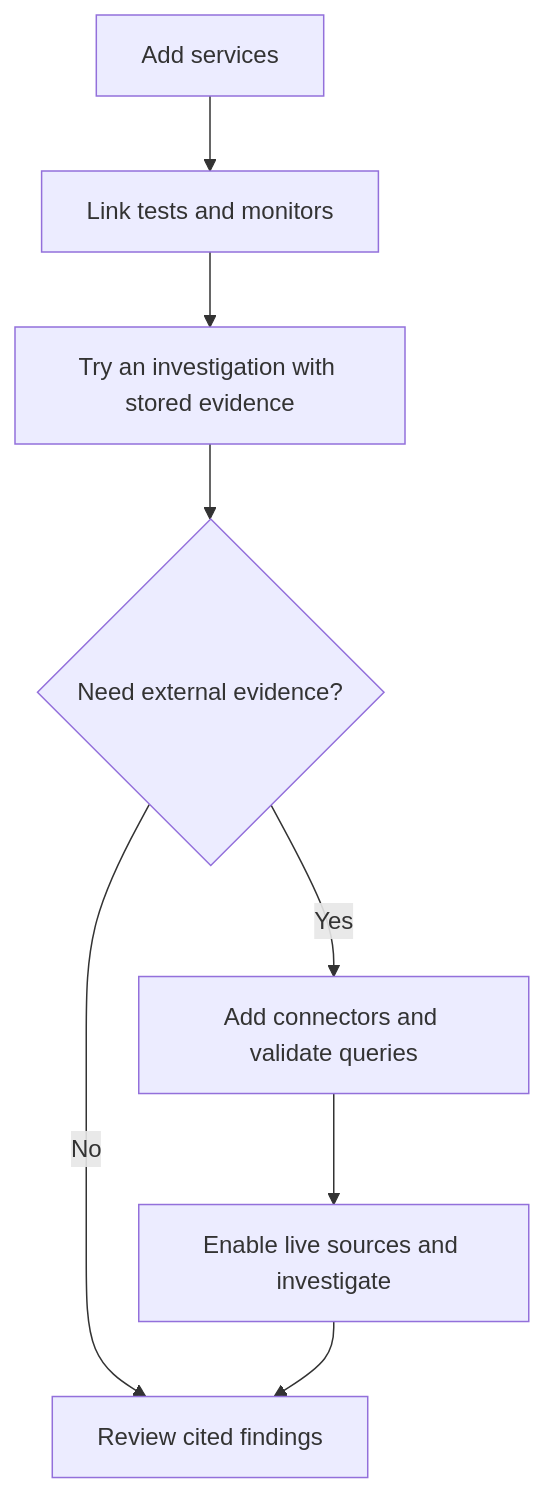
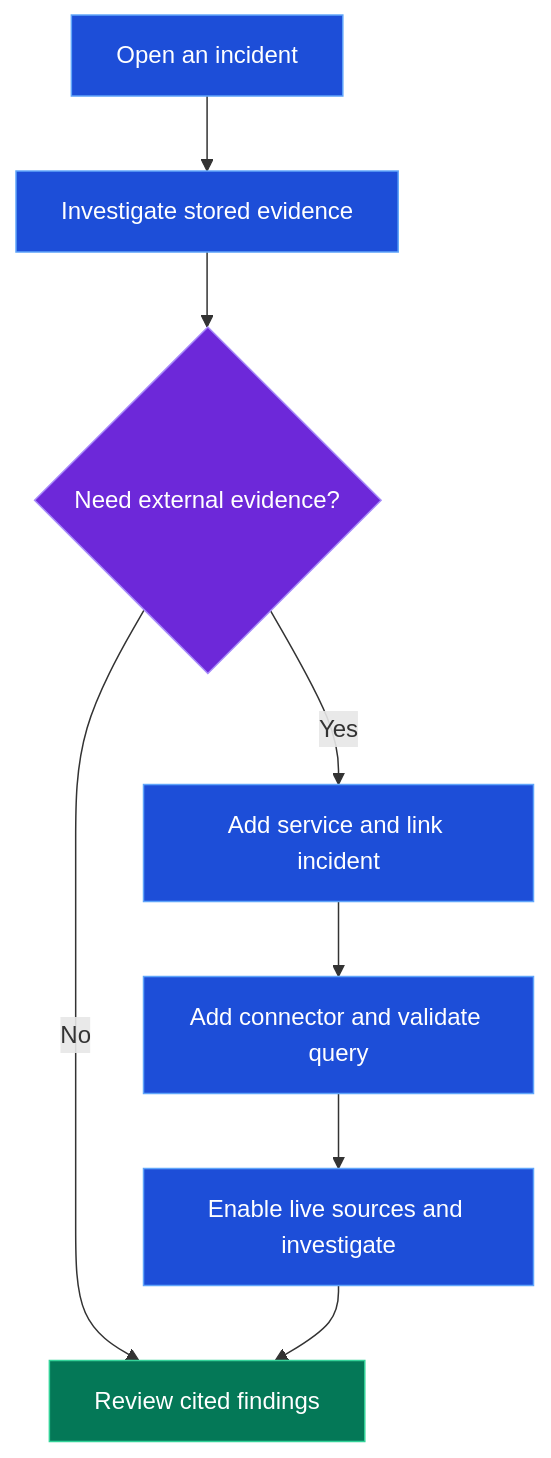
The diagram in docs/content/docs/app/admin/ai-sre-setup.mdx (supercheck-io/supercheck), drawn with Mermaid before and after one commit. The commit also changed other lines of this file and 34 other files, not shown here.

Commit message:
docs: restore architecture and polish user workflows (#337)

````diff
--- a/docs/content/docs/app/admin/ai-sre-setup.mdx
+++ b/docs/content/docs/app/admin/ai-sre-setup.mdx
@@ -76,10 +73,17 @@
 ```mermaid
 flowchart TB
-    Services[Add services] --> Checks[Link tests and monitors]
-    Checks --> Native[Try an investigation with stored evidence]
+    Incident[Open an incident] --> Native[Investigate stored evidence]
     Native --> Need{Need external evidence?}
     Need -->|No|Review[Review cited findings]
-    Need -->|Yes|Connectors[Add connectors and validate queries]
+    Need -->|Yes|Services[Add service and link incident]
+    Services --> Connectors[Add connector and validate query]
     Connectors --> Live[Enable live sources and investigate]
     Live --> Review
+
+    classDef action fill:#1d4ed8,stroke:#60a5fa,color:#fff
+    classDef choice fill:#6d28d9,stroke:#a78bfa,color:#fff
+    classDef success fill:#047857,stroke:#34d399,color:#fff
+    class Incident,Native,Services,Connectors,Live action
+    class Need choice
+    class Review success
 ```
````
